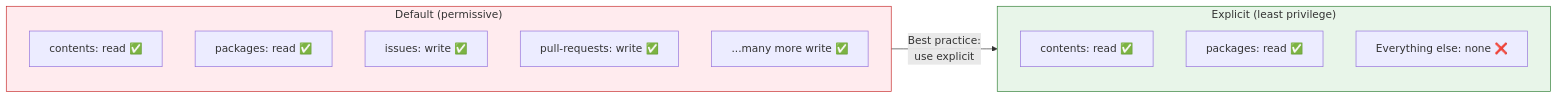
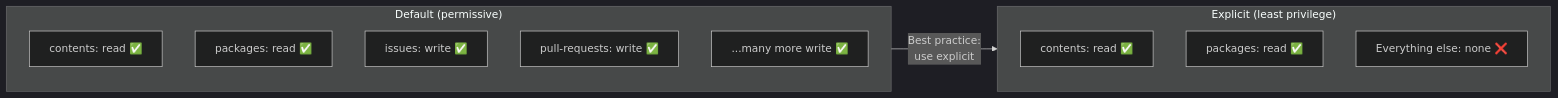
Before and after one commit to vishutyagi0210/github-ci-cd-with-labs: the second of 3 diagrams in 12-permissions-and-auth/README.md, drawn with Mermaid. The commit also changed other lines of this file and 13 other files, not shown here.

Commit message:
fix: switch all mermaid diagrams to dark theme for better readability

````diff
--- a/12-permissions-and-auth/README.md
+++ b/12-permissions-and-auth/README.md
@@ -38,21 +36,20 @@
 ```mermaid
+%%{init: {"theme": "dark"}}%%
 graph LR
     subgraph DEFAULT["Default (permissive)"]
         D1["contents: read ✅"]
         D2["packages: read ✅"]
         D3["issues: write ✅"]
         D4["pull-requests: write ✅"]
         D5["...many more write ✅"]
     end
 
     subgraph EXPLICIT["Explicit (least privilege)"]
         E1["contents: read ✅"]
         E2["packages: read ✅"]
         E3["Everything else: none ❌"]
     end
 
     DEFAULT -->|"Best practice:<br/>use explicit"| EXPLICIT
 
-    style DEFAULT fill:#ffebee,stroke:#c62828
-    style EXPLICIT fill:#e8f5e9,stroke:#2e7d32
 ```
````
